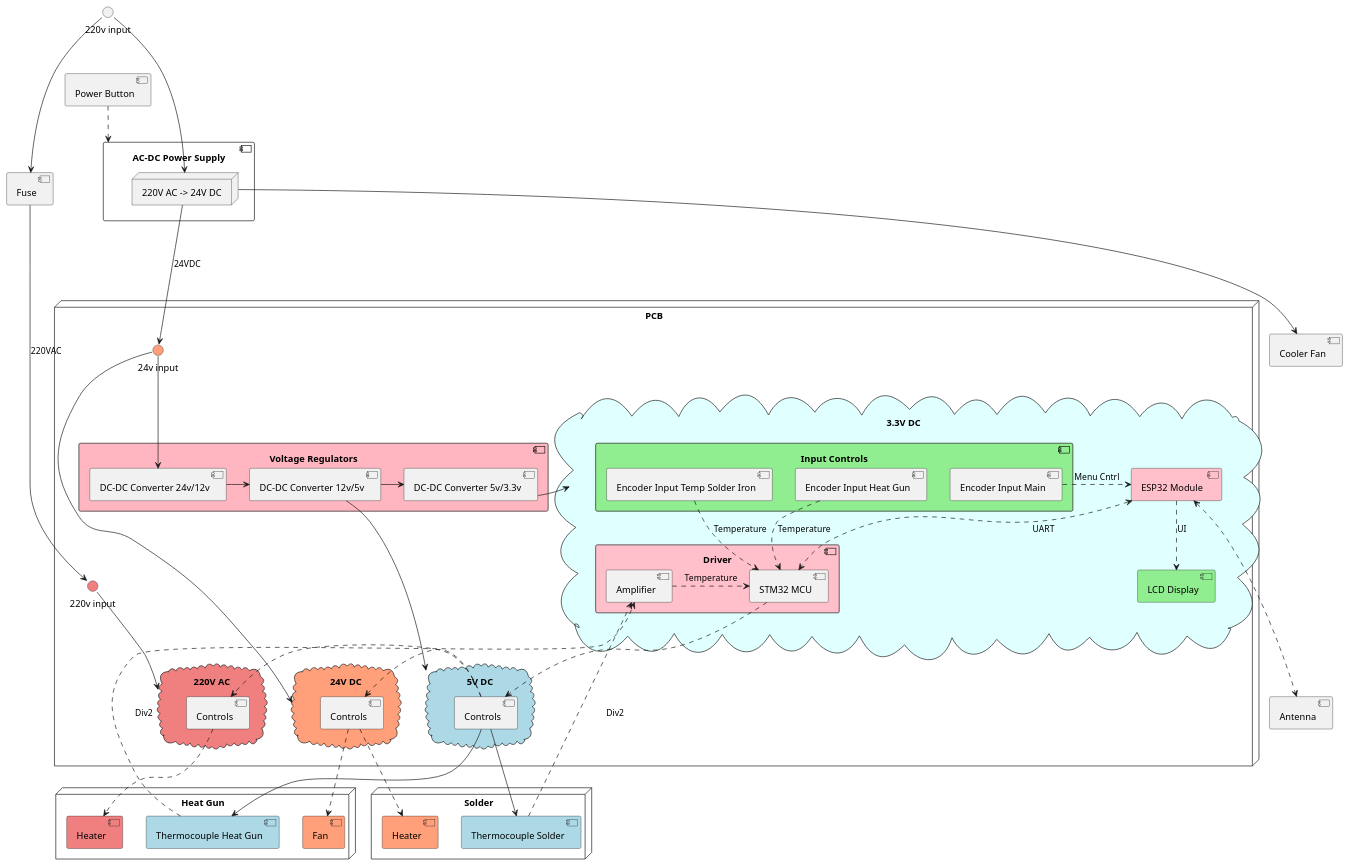
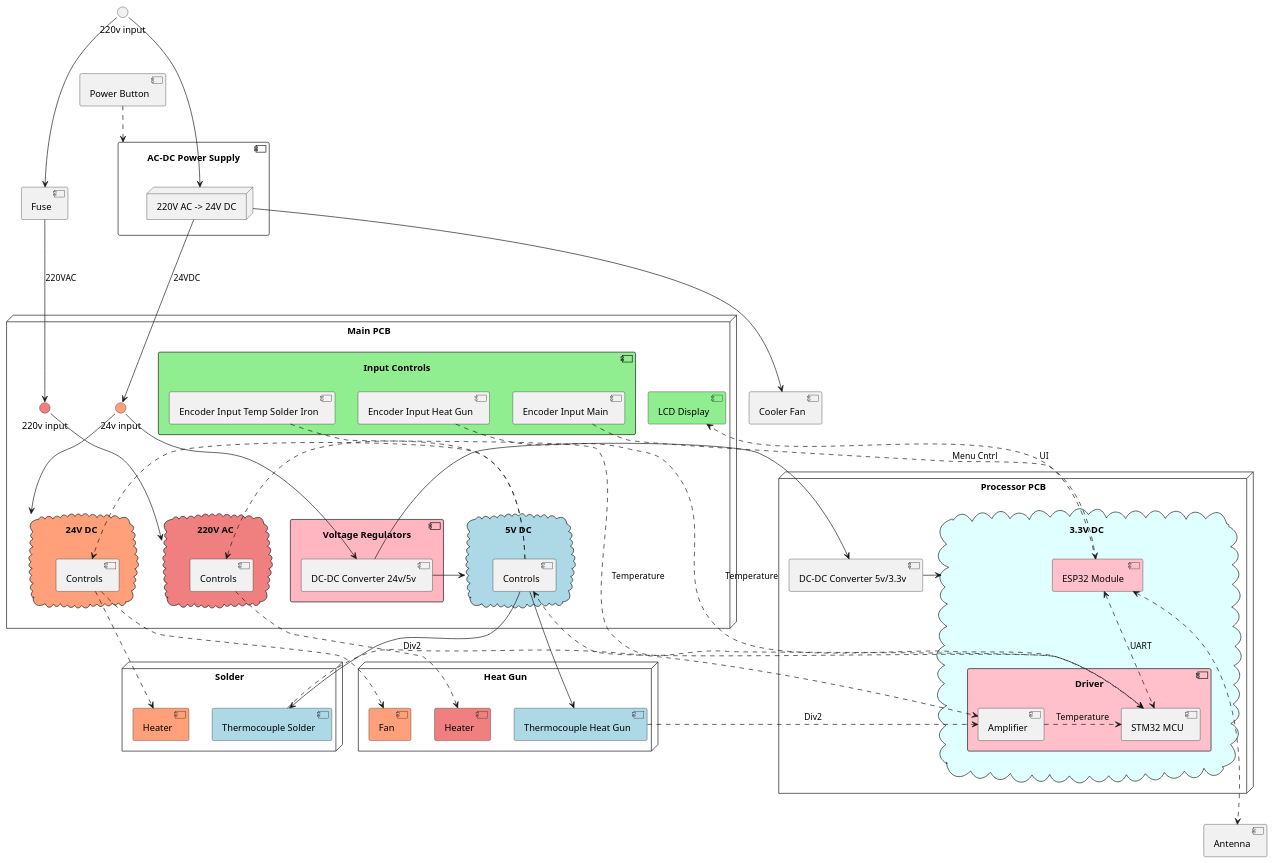
One commit to keyfour/Phixilab-Soldering-Station changed the diagram in doc/device_structure.puml. Above: the diagram before and after it, drawn with PlantUML.

Commit message:
Change device structure

```diff
--- a/doc/device_structure.puml
+++ b/doc/device_structure.puml
@@ -1,110 +1,112 @@
 @startuml
 
 component "AC-DC Power Supply" as power {
     node "220V AC -> 24V DC" as powers
 }
 
 component "Fuse" as fuse
 
 interface "220v input" as pinput
 
 pinput ---> powers
 
 component "Cooler Fan" as cooller
 component "Antenna" as antenna
 component "Power Button" as button
 
 node "Solder" as solder {
     component "Thermocouple Solder" as thcSolder #LightBlue
     component "Heater" as hSolder #LightSalmon
 }
 
 node "Heat Gun" as gun {
     component "Thermocouple Heat Gun" as thcHeat #LightBlue
     component "Heater" as hHeat #LightCoral
     component "Fan" as fHeat #LightSalmon
 }
 
-node "PCB" as interfaces {
+node "Main PCB" as interfaces {
 
     interface "24v input" as vinput24 #LightSalmon
     interface "220v input" as vinput220 #LightCoral
 
     component "Voltage Regulators" #LightPink {
 
-        component "DC-DC Converter 12v/5v" as converter5
-        component "DC-DC Converter 5v/3.3v" as converter3
-        component "DC-DC Converter 24v/12v" as converter12
-        converter12 -> converter5
-        converter5 -> converter3
+        component "DC-DC Converter 24v/5v" as converter5
     }
+
+    component "Input Controls" as controls #LightGreen {
+        component "Encoder Input Temp Solder Iron" as inputTemp
+        component "Encoder Input Heat Gun" as inputHeat
+        component "Encoder Input Main" as inputMain
+    }
+
+    component "LCD Display" as display #LightGreen
+
 
     cloud "220V AC" as hvdomain #LightCoral  {
         component "Controls" as hvctrls
     }
 
     cloud "24V DC"  as mvdomain #LightSalmon {
         component "Controls" as mvctrls
     }
     cloud "5V DC" as lvdomain2 #LightBlue {
         component "Controls" as lvctrls
     }
 
+    converter5 -> lvdomain2
+
+    vinput220 --> hvdomain
+    vinput24 --> mvdomain
+    vinput24 -d-> converter5
+
+    mvctrls ..> hSolder
+    mvctrls ..> fHeat
+    hvctrls ..> hHeat
+}
+
+node "Processor PCB" as processor {
     cloud "3.3V DC" as lvdomain #LightCyan {
-        component "Input Controls" as controls #LightGreen {
-            component "Encoder Input Temp Solder Iron" as inputTemp
-            component "Encoder Input Heat Gun" as inputHeat
-            component "Encoder Input Main" as inputMain
-        }
 
-        component "LCD Display" as display #LightGreen
         component "ESP32 Module " as mcu #Pink
         component "Driver" as mcud #Pink {
             component "STM32 MCU" as driver
             component "Amplifier" as amp
         }
 
     }
+    component "DC-DC Converter 5v/3.3v" as converter3
+    converter5 -r-> converter3
+    converter3 -r-> lvdomain
+    mcu <..> driver : UART
 
     lvctrls .> mvctrls
     lvctrls .> hvctrls
 
     amp .> driver : Temperature
 
     mcu ..> display : UI
 
     inputMain .> mcu : Menu Cntrl
     inputTemp .> driver : Temperature
     inputHeat .> driver : Temperature
-
-    mcu <..> driver : UART
-
-    converter5 -> lvdomain2
-    converter3 -> lvdomain
-
-    vinput220 --> hvdomain
-    vinput24 --> mvdomain
-    vinput24 --> converter12
-
     driver ..> lvctrls
-    mvctrls ..> hSolder
-    mvctrls ..> fHeat
-    hvctrls ..> hHeat
 }
 
 powers ---> vinput24 : 24VDC
 powers ---> cooller
 pinput ---> fuse
 fuse ---> vinput220 : 220VAC
 
 thcSolder ..> amp : Div2
 thcHeat ..> amp : Div2
 
 lvctrls ---> thcHeat
 lvctrls ---> thcSolder
 
 mcu <...> antenna
 
 button ..> power
 
 @enduml
```
